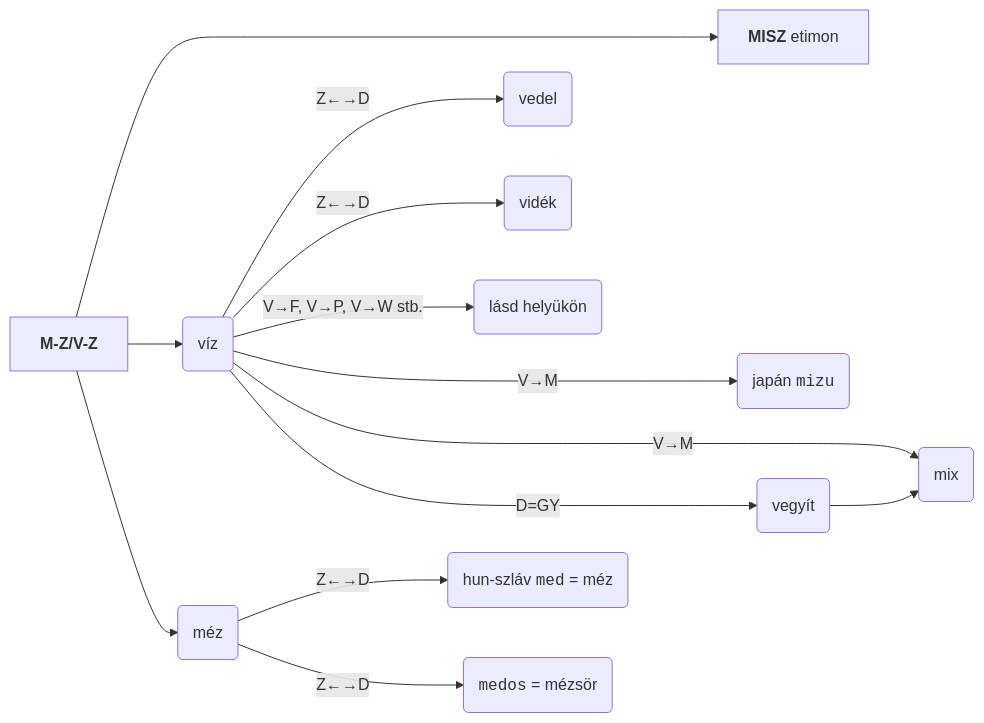
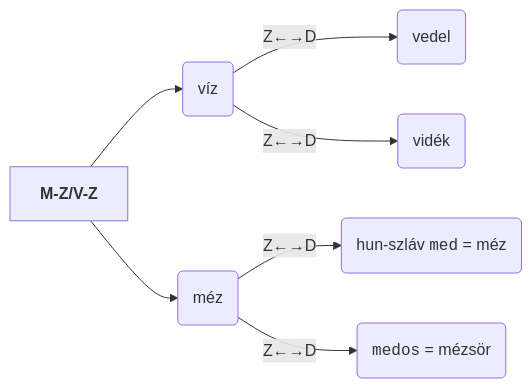
One commit to zanodor/TUDDASSTTARR changed the diagram in src/site/notes/M/Méz.md. Above: the diagram before and after it, drawn with Mermaid.

Commit message:
Update content src/site/notes/M/Méz.md

````diff
--- a/src/site/notes/M/Méz.md
+++ b/src/site/notes/M/Méz.md
@@ -15,23 +15,16 @@
 ```mermaid
 
 
 flowchart LR
 head["<b>M-Z/V-Z</b>"]
-lvl2_0["<b>MISZ</b> etimon"]
 lvl2_a("víz")
 lvl2_b("méz")
 lvl3_a("vedel")
 lvl3_b("vidék")
 lvl3_c("hun-szláv <code>med</code> = méz")
 lvl3_d("<code>medos</code> = mézsör")
 
-head ----> lvl2_0
 head --> lvl2_a & lvl2_b
 lvl2_a -- "Z←→D" -->  lvl3_a & lvl3_b
-lvl2_a -- "V→F, V→P, V→W stb." -->  lvl3_x("lásd helyükön")
 lvl2_b -- "Z←→D" -->  lvl3_c & lvl3_d
-lvl2_a -- "V→M" ---> lvl3_e("japán <code>mizu</code>")
-lvl2_a -- "V→M" ---> lvl3_f("mix")
-lvl2_a -- "D=GY" ---> lvl3_g("vegyít")
-lvl3_g --> lvl3_f
 ```
````
